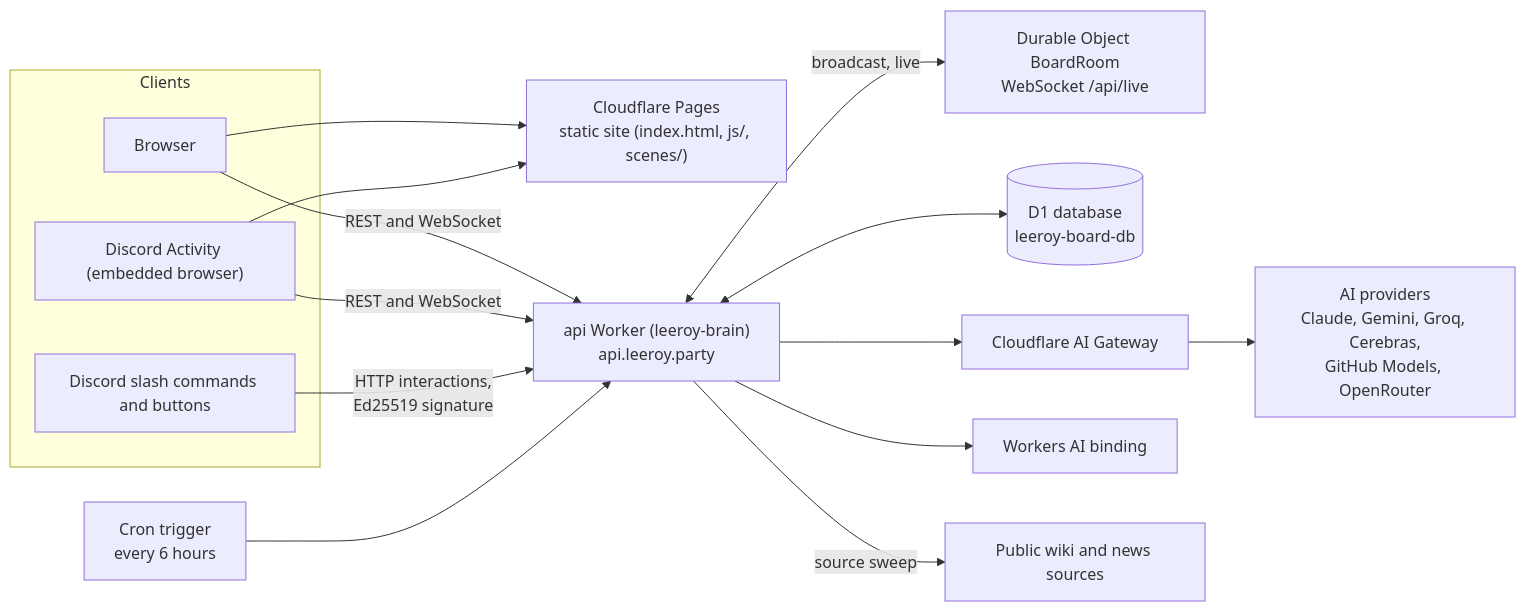
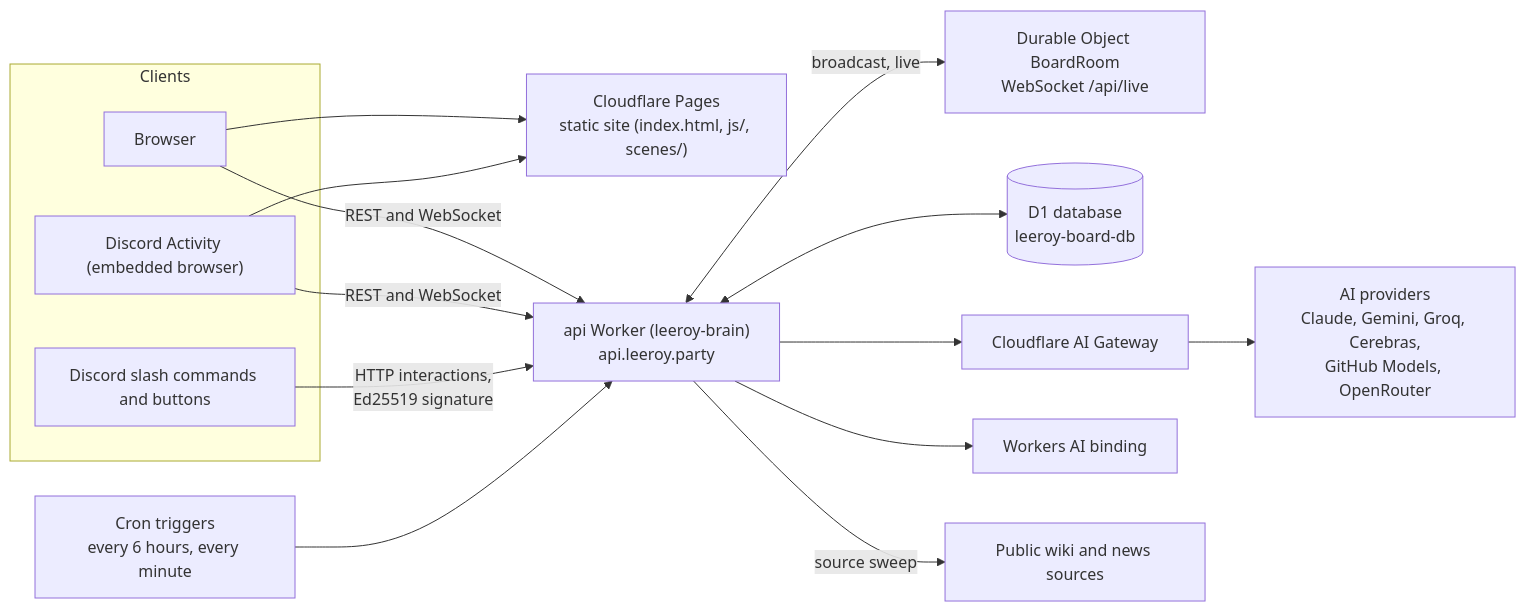
The diagram in README.md (Matt-Bloise/leeroy-board), drawn with Mermaid before and after one commit. The commit also changed other lines of this file and 2 other files, not shown here.

````diff
--- a/README.md
+++ b/README.md
@@ -9,29 +9,29 @@
 ```mermaid
 flowchart LR
   subgraph Clients
     B["Browser"]
     A["Discord Activity (embedded browser)"]
     DI["Discord slash commands and buttons"]
   end
   P["Cloudflare Pages<br/>static site (index.html, js/, scenes/)"]
   W["api Worker (leeroy-brain)<br/>api.leeroy.party"]
   DO["Durable Object BoardRoom<br/>WebSocket /api/live"]
   D1[("D1 database<br/>leeroy-board-db")]
   GW["Cloudflare AI Gateway"]
   AI["AI providers<br/>Claude, Gemini, Groq, Cerebras,<br/>GitHub Models, OpenRouter"]
   WAI["Workers AI binding"]
   SRC["Public wiki and news sources"]
-  CRON["Cron trigger<br/>every 6 hours"]
+  CRON["Cron triggers<br/>every 6 hours, every minute"]
 
   B --> P
   A --> P
   B -->|"REST and WebSocket"| W
   A -->|"REST and WebSocket"| W
   DI -->|"HTTP interactions,<br/>Ed25519 signature"| W
   W <--> D1
   W <-->|"broadcast, live"| DO
   W --> GW --> AI
   W --> WAI
   CRON --> W
   W -->|"source sweep"| SRC
 ```
````
